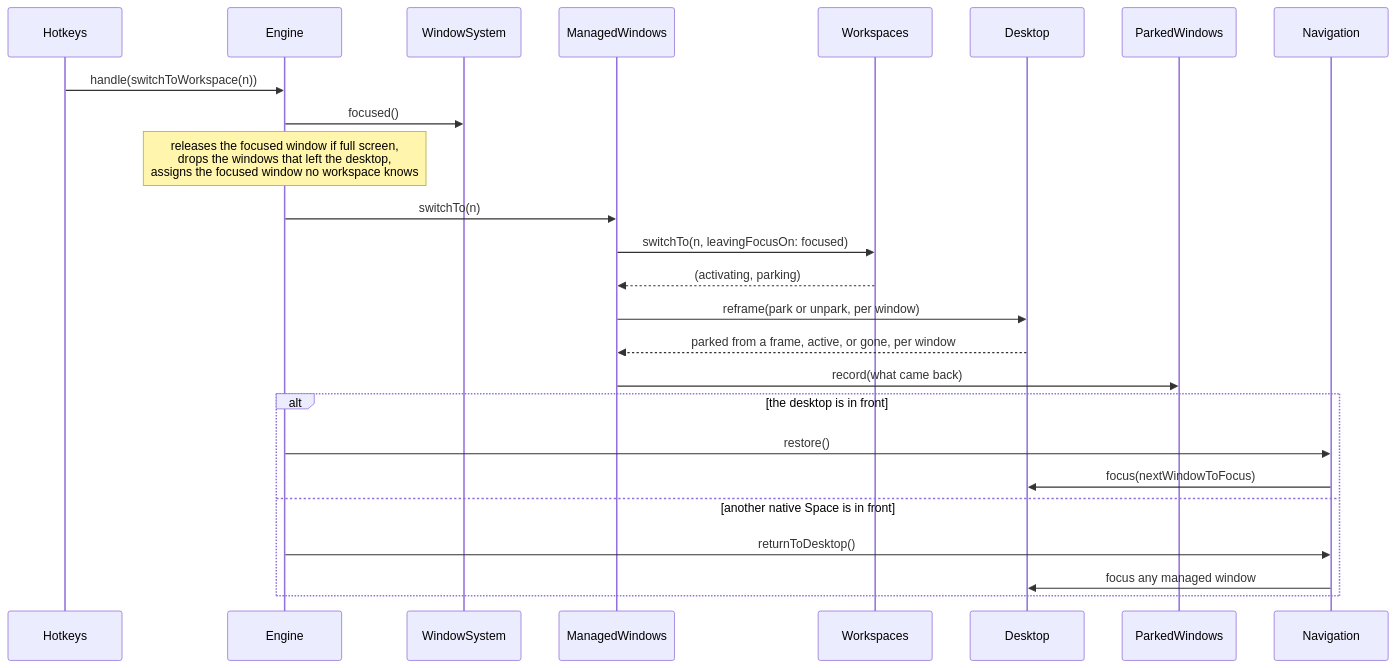
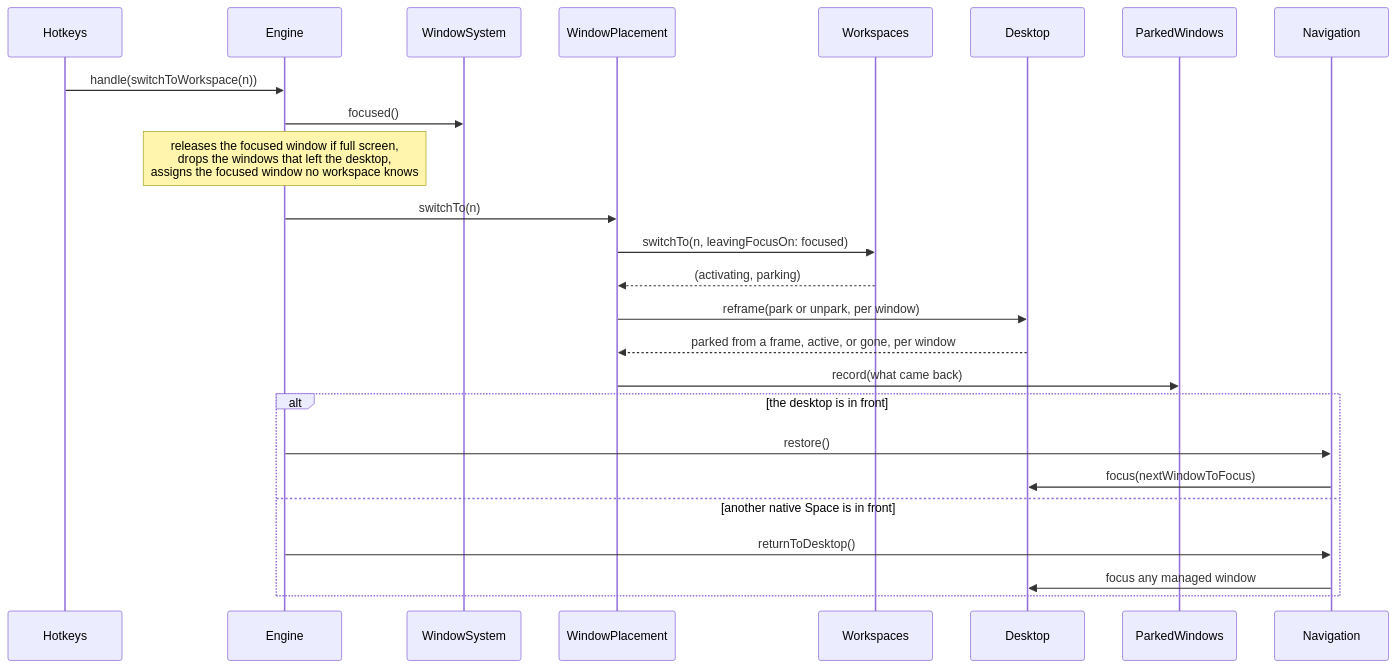
Before and after one commit to brennovich/ottowm: the eighth of 19 diagrams in ARCHITECTURE.md, drawn with Mermaid. The commit also changed other lines of this file and 11 other files, not shown here.

First line of the commit message:
Rename ManagedWindows to WindowPlacement

````diff
--- a/ARCHITECTURE.md
+++ b/ARCHITECTURE.md
@@ -230,19 +230,19 @@
 ```mermaid
 sequenceDiagram
     Hotkeys->>Engine: handle(switchToWorkspace(n))
     Engine->>WindowSystem: focused()
     Note over Engine: releases the focused window if full screen,<br/>drops the windows that left the desktop,<br/>assigns the focused window no workspace knows
-    Engine->>ManagedWindows: switchTo(n)
-    ManagedWindows->>Workspaces: switchTo(n, leavingFocusOn: focused)
-    Workspaces-->>ManagedWindows: (activating, parking)
-    ManagedWindows->>Desktop: reframe(park or unpark, per window)
-    Desktop-->>ManagedWindows: parked from a frame, active, or gone, per window
-    ManagedWindows->>ParkedWindows: record(what came back)
+    Engine->>WindowPlacement: switchTo(n)
+    WindowPlacement->>Workspaces: switchTo(n, leavingFocusOn: focused)
+    Workspaces-->>WindowPlacement: (activating, parking)
+    WindowPlacement->>Desktop: reframe(park or unpark, per window)
+    Desktop-->>WindowPlacement: parked from a frame, active, or gone, per window
+    WindowPlacement->>ParkedWindows: record(what came back)
     alt the desktop is in front
         Engine->>Navigation: restore()
         Navigation->>Desktop: focus(nextWindowToFocus)
     else another native Space is in front
         Engine->>Navigation: returnToDesktop()
         Navigation->>Desktop: focus any managed window
     end
 ```
````
